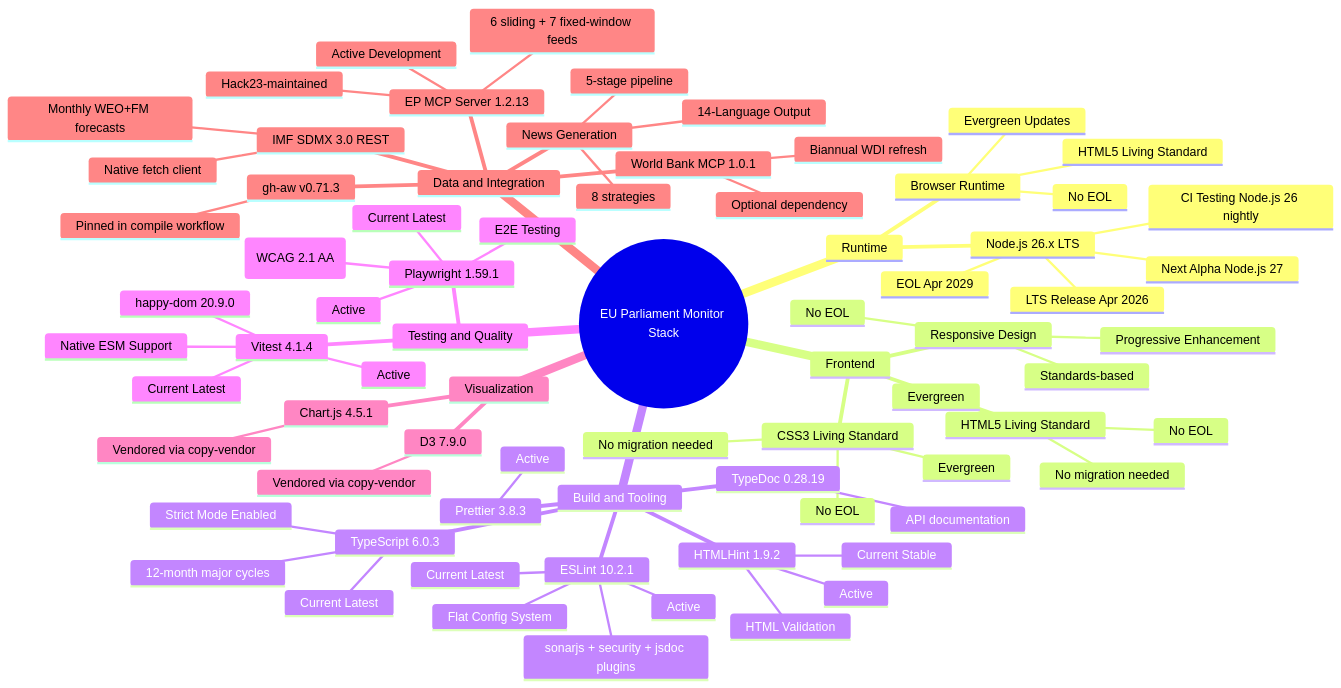
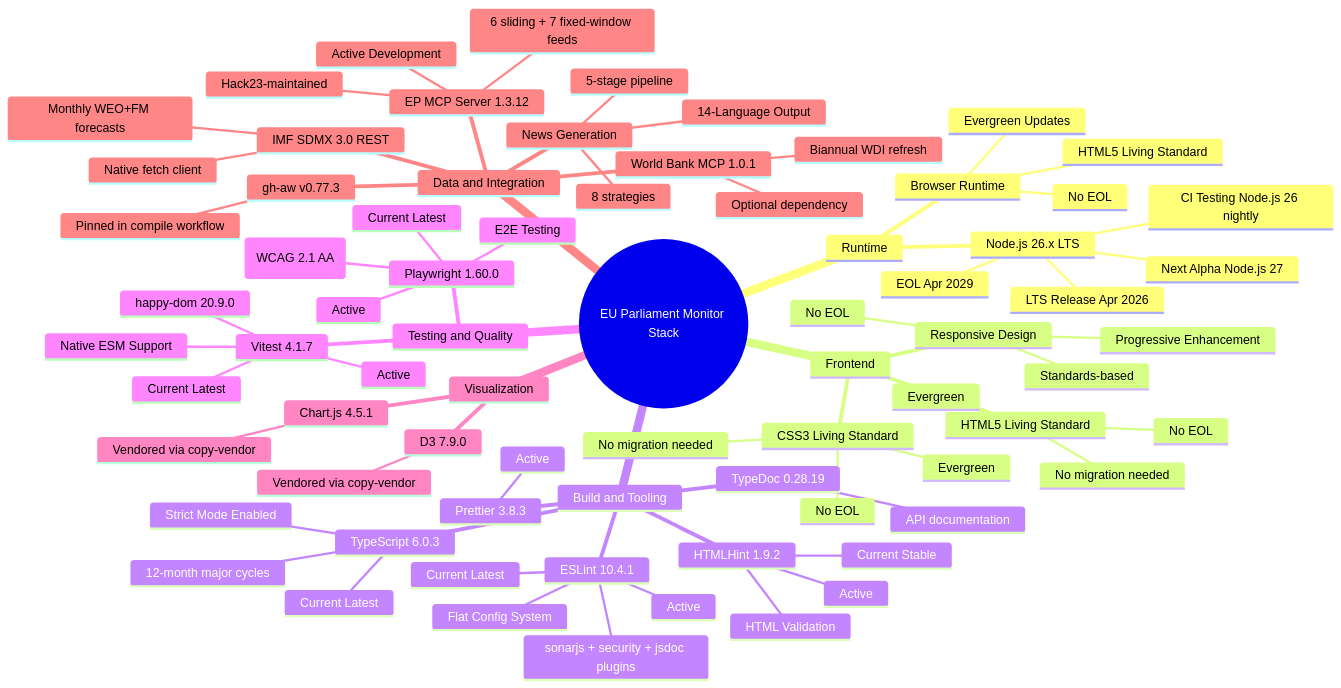
The first of 6 diagrams in End-of-Life-Strategy.md (Hack23/euparliamentmonitor), drawn with Mermaid before and after one commit. The commit also changed other lines of this file and 2 other files, not shown here.

````diff
--- a/End-of-Life-Strategy.md
+++ b/End-of-Life-Strategy.md
@@ -88,78 +88,78 @@
 ```mermaid
 mindmap
   root((EU Parliament Monitor Stack))
     Runtime
       Node.js 26.x LTS
         LTS Release Apr 2026
         EOL Apr 2029
         Next Alpha Node.js 27
         CI Testing Node.js 26 nightly
       Browser Runtime
         Evergreen Updates
         No EOL
         HTML5 Living Standard
     Frontend
       HTML5 Living Standard
         Evergreen
         No EOL
         No migration needed
       CSS3 Living Standard
         Evergreen
         No EOL
         No migration needed
       Responsive Design
         Standards-based
         No EOL
         Progressive Enhancement
     Build and Tooling
       TypeScript 6.0.3
         Current Latest
         12-month major cycles
         Strict Mode Enabled
-      ESLint 10.2.1
+      ESLint 10.4.1
         Current Latest
         Active
         Flat Config System
         sonarjs + security + jsdoc plugins
       HTMLHint 1.9.2
         Current Stable
         Active
         HTML Validation
       Prettier 3.8.3
         Active
       TypeDoc 0.28.19
         API documentation
     Testing and Quality
-      Vitest 4.1.4
+      Vitest 4.1.7
         Current Latest
         Active
         Native ESM Support
         happy-dom 20.9.0
-      Playwright 1.59.1
+      Playwright 1.60.0
         Current Latest
         Active
         E2E Testing
-        axe-core 4.11.2 (WCAG 2.1 AA)
+        axe-core 4.11.4 (WCAG 2.1 AA)
     Visualization
       Chart.js 4.5.1
         Vendored via copy-vendor
       D3 7.9.0
         Vendored via copy-vendor
     Data and Integration
-      EP MCP Server 1.2.13
+      EP MCP Server 1.3.12
         Active Development
         Hack23-maintained
         6 sliding + 7 fixed-window feeds
       World Bank MCP 1.0.1
         Optional dependency
         Biannual WDI refresh
       IMF SDMX 3.0 REST
         Native fetch client
         Monthly WEO+FM forecasts
-      gh-aw v0.71.3
+      gh-aw v0.77.3
         Pinned in compile workflow
       News Generation
         5-stage pipeline
         8 strategies
         14-Language Output
 ```
````
